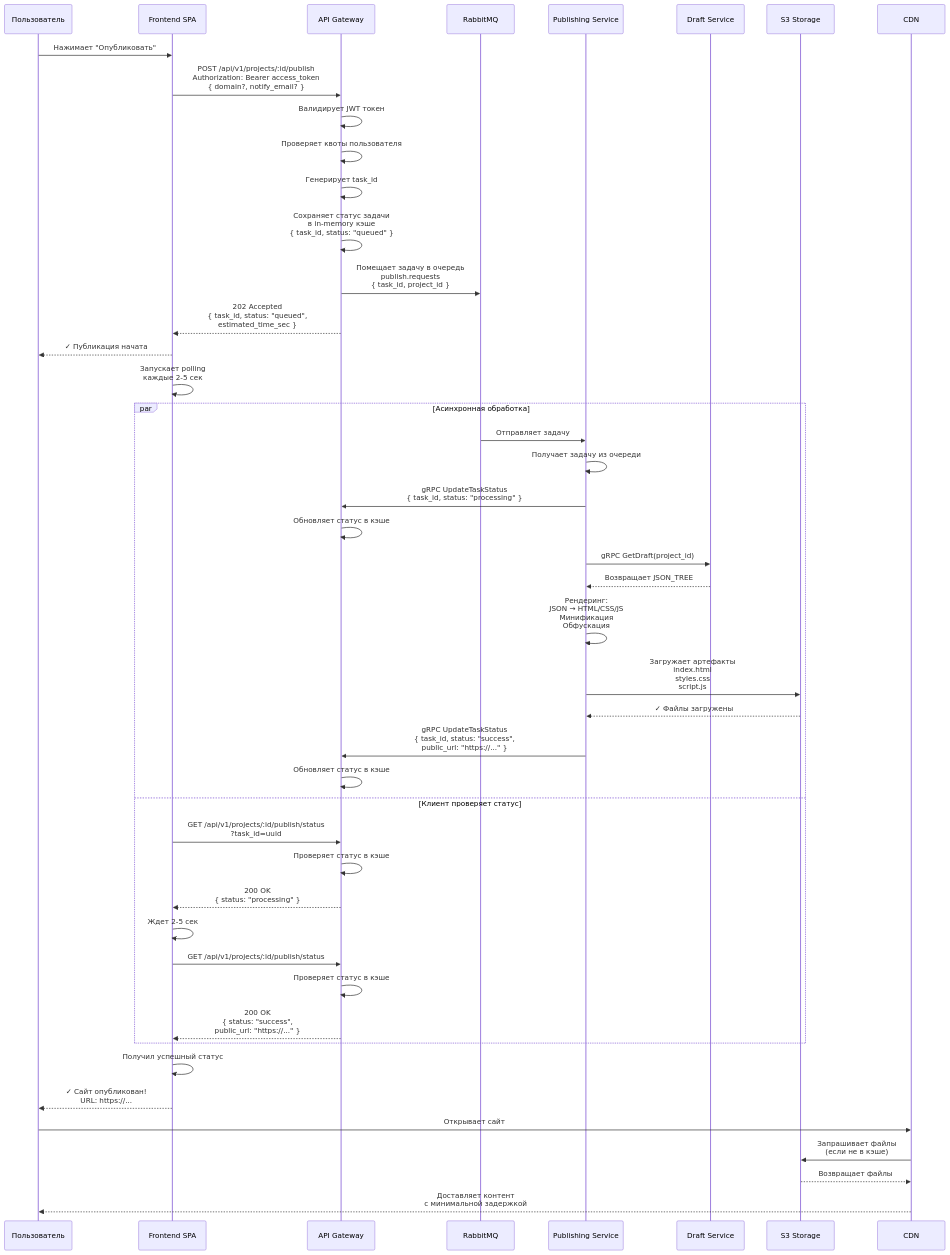
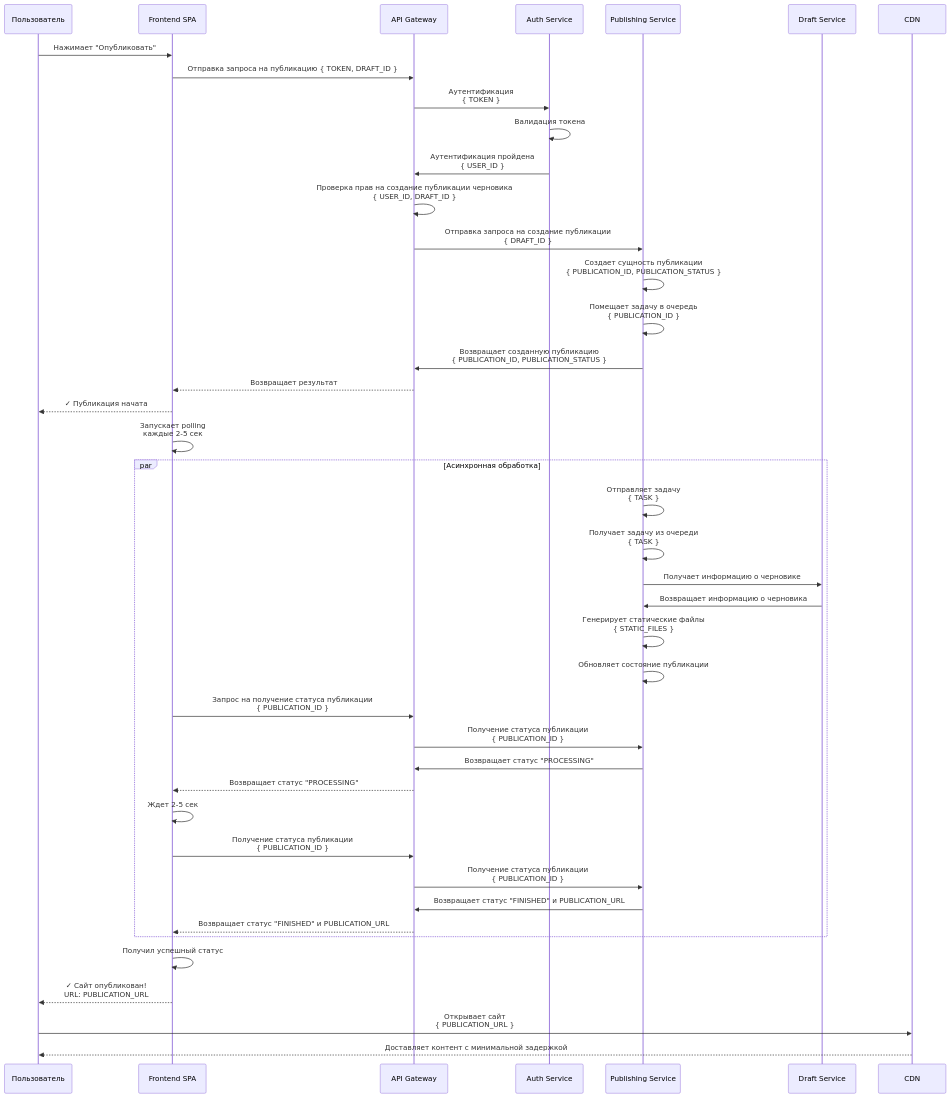
The third of 4 diagrams in ADRs/Уточнения и детализация архитектуры.md (rki-mai/docs), drawn with Mermaid before and after one commit. The commit also changed other lines of this file and 3 other files, not shown here.

````diff
--- a/ADRs/Уточнения и детализация архитектуры.md
+++ b/ADRs/Уточнения и детализация архитектуры.md
@@ -400,59 +209,53 @@
 ```mermaid
 sequenceDiagram
     participant User as Пользователь
     participant Frontend as Frontend SPA
     participant Gateway as API Gateway
-    participant RabbitMQ as RabbitMQ
+    participant AuthService as Auth Service
     participant PublishService as Publishing Service
     participant DraftService as Draft Service
-    participant S3 as S3 Storage
     participant CDN as CDN
 
     User->>Frontend: Нажимает "Опубликовать"
-    Frontend->>Gateway: POST /api/v1/projects/:id/publish<br/>Authorization: Bearer access_token<br/>{ domain?, notify_email? }
+    Frontend->>Gateway: Отправка запроса на публикацию { TOKEN, DRAFT_ID }
     
-    Gateway->>Gateway: Валидирует JWT токен
-    Gateway->>Gateway: Проверяет квоты пользователя
-    Gateway->>Gateway: Генерирует task_id
-    Gateway->>Gateway: Сохраняет статус задачи<br/>в in-memory кэше<br/>{ task_id, status: "queued" }
-    Gateway->>RabbitMQ: Помещает задачу в очередь<br/>publish.requests<br/>{ task_id, project_id }
+    Gateway->>AuthService: Аутентификация<br/>{ TOKEN }
+    AuthService->>AuthService: Валидация токена
+    AuthService->>Gateway: Аутентификация пройдена<br/>{ USER_ID }
+
+	Gateway->>Gateway: Проверка прав на создание публикации черновика<br/>{ USER_ID, DRAFT_ID }
+    Gateway->>PublishService: Отправка запроса на создание публикации<br/>{ DRAFT_ID }
+    PublishService->>PublishService: Создает сущность публикации<br/>{ PUBLICATION_ID, PUBLICATION_STATUS }
+    PublishService->>PublishService: Помещает задачу в очередь<br/>{ PUBLICATION_ID }
     
-    Gateway-->>Frontend: 202 Accepted<br/>{ task_id, status: "queued",<br/>estimated_time_sec }
+    PublishService->>Gateway: Возвращает созданную публикацию<br/>{ PUBLICATION_ID, PUBLICATION_STATUS }
+    Gateway-->>Frontend: Возвращает результат
     Frontend-->>User: ✓ Публикация начата
     
     Frontend->>Frontend: Запускает polling<br/>каждые 2-5 сек
     
     par Асинхронная обработка
-        RabbitMQ->>PublishService: Отправляет задачу
-        PublishService->>PublishService: Получает задачу из очереди
-        PublishService->>Gateway: gRPC UpdateTaskStatus<br/>{ task_id, status: "processing" }
-        Gateway->>Gateway: Обновляет статус в кэше
+        PublishService->>PublishService: Отправляет задачу<br/>{ TASK }
+        PublishService->>PublishService: Получает задачу из очереди<br/>{ TASK }
+		PublishService->>DraftService: Получает информацию о черновике
+		DraftService->>PublishService: Возвращает информацию о черновика
+        PublishService->>PublishService: Генерирует статические файлы<br/>{ STATIC_FILES }
+        PublishService->>PublishService: Обновляет состояние публикации
         
-        PublishService->>DraftService: gRPC GetDraft(project_id)
-        DraftService-->>PublishService: Возвращает JSON_TREE
-        
-        PublishService->>PublishService: Рендеринг:<br/>JSON → HTML/CSS/JS<br/>Минификация<br/>Обфускация
-        
-        PublishService->>S3: Загружает артефакты<br/>index.html<br/>styles.css<br/>script.js
-        S3-->>PublishService: ✓ Файлы загружены
-        
-        PublishService->>Gateway: gRPC UpdateTaskStatus<br/>{ task_id, status: "success",<br/>public_url: "https://..." }
-        Gateway->>Gateway: Обновляет статус в кэше
-    and Клиент проверяет статус
-        Frontend->>Gateway: GET /api/v1/projects/:id/publish/status<br/>?task_id=uuid
-        Gateway->>Gateway: Проверяет статус в кэше
-        Gateway-->>Frontend: 200 OK<br/>{ status: "processing" }
+        Frontend->>Gateway: Запрос на получение статуса публикации<br/>{  PUBLICATION_ID }
+        Gateway->>PublishService: Получение статуса публикации<br/>{ PUBLICATION_ID }
+        PublishService->>Gateway: Возвращает статус "PROCESSING"
+        Gateway-->>Frontend: Возвращает статус "PROCESSING"
         Frontend->>Frontend: Ждет 2-5 сек
-        Frontend->>Gateway: GET /api/v1/projects/:id/publish/status
-        Gateway->>Gateway: Проверяет статус в кэше
-        Gateway-->>Frontend: 200 OK<br/>{ status: "success",<br/>public_url: "https://..." }
+        Frontend->>Gateway: Получение статуса публикации<br/>{ PUBLICATION_ID }
+		Gateway->>PublishService: Получение статуса публикации<br/>{ PUBLICATION_ID }
+        PublishService->>Gateway: Возвращает статус "FINISHED" и PUBLICATION_URL
+        Gateway-->>Frontend: Возвращает статус "FINISHED" и PUBLICATION_URL
     end
     
     Frontend->>Frontend: Получил успешный статус
-    Frontend-->>User: ✓ Сайт опубликован!<br/>URL: https://...
+    Frontend-->>User: ✓ Сайт опубликован!<br/>URL: PUBLICATION_URL
     
-    User->>CDN: Открывает сайт
-    CDN->>S3: Запрашивает файлы<br/>(если не в кэше)
-    S3-->>CDN: Возвращает файлы
-    CDN-->>User: Доставляет контент<br/>с минимальной задержкой
+    User->>CDN: Открывает сайт<br/>{ PUBLICATION_URL }
+    CDN-->>User: Доставляет контент с минимальной задержкой
 ```
````
